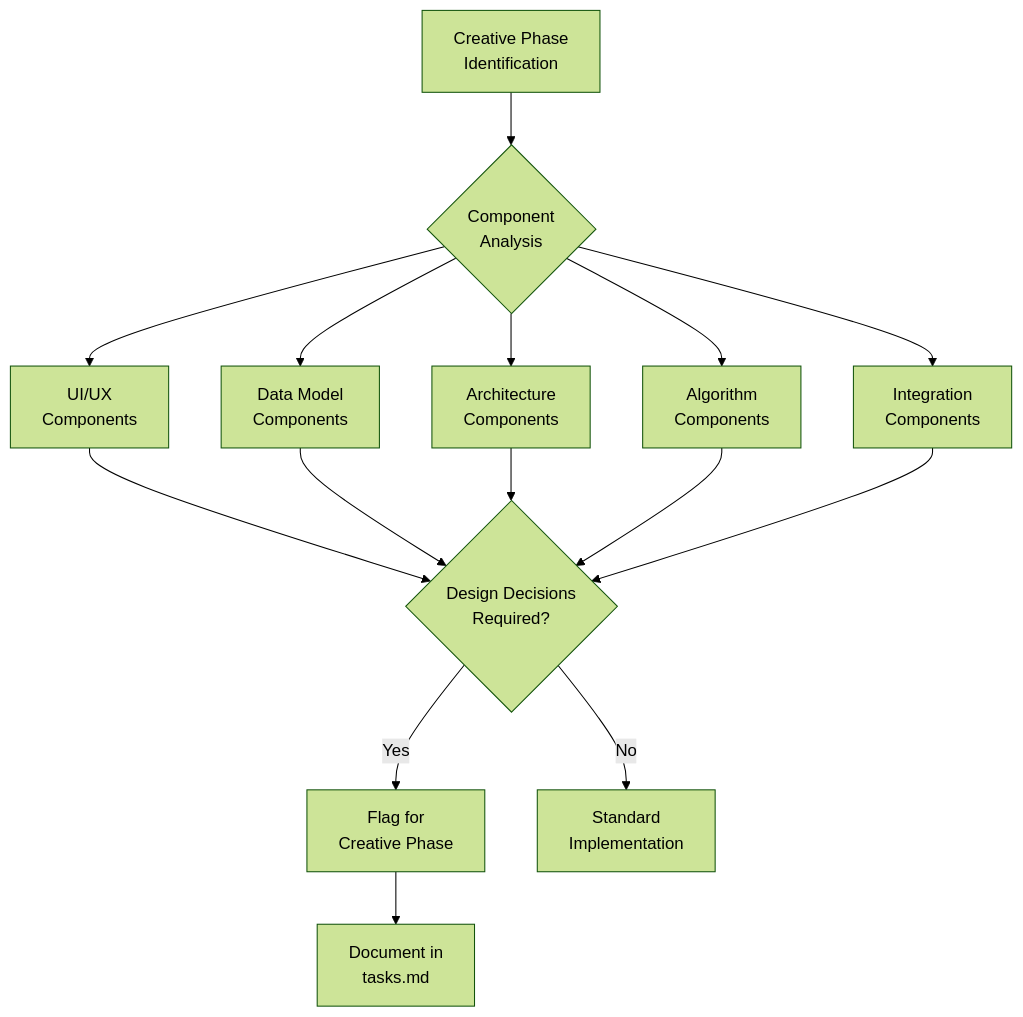
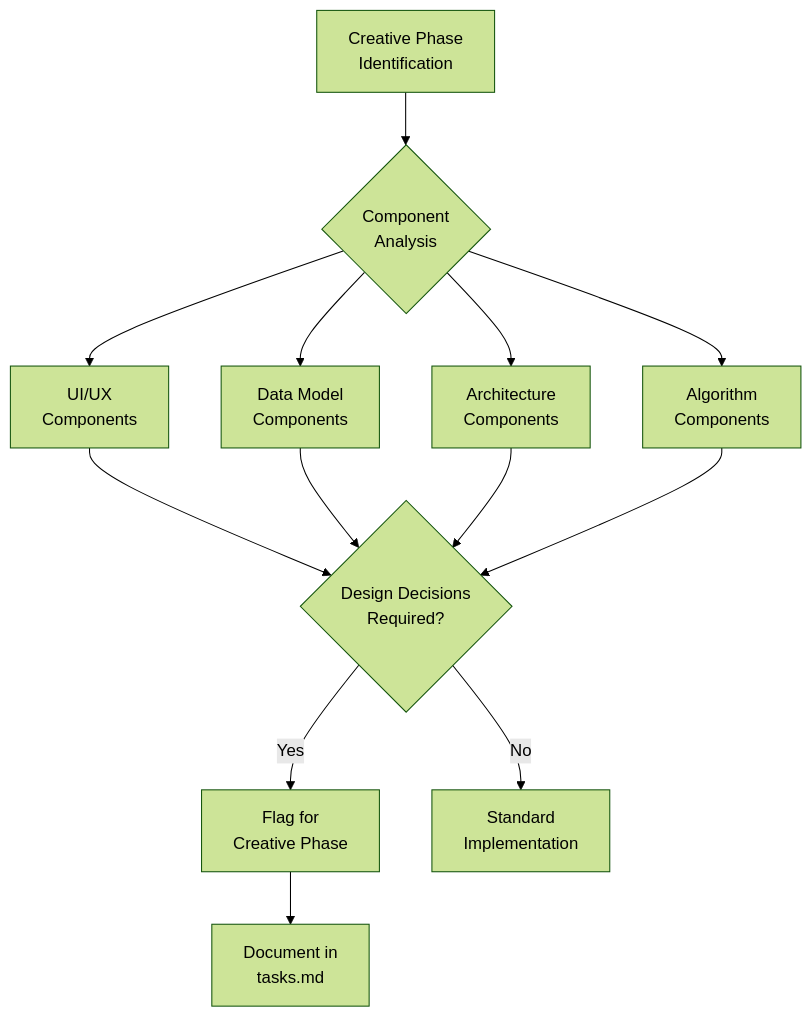
One commit to taddyorg/inkverse changed the fifth of 5 diagrams in .cursor/rules/isolation_rules/visual-maps/plan-mode-map.mdc. Above: the diagram before and after it, drawn with Mermaid (forest theme). The commit also changed other lines of this file and 19 other files, not shown here.

````diff
--- a/.cursor/rules/isolation_rules/visual-maps/plan-mode-map.mdc
+++ b/.cursor/rules/isolation_rules/visual-maps/plan-mode-map.mdc
@@ -247,17 +212,16 @@
 ```mermaid
 graph TD
     Start["Creative Phase<br>Identification"] --> CheckComp{"Component<br>Analysis"}
     
     CheckComp --> UI["UI/UX<br>Components"]
     CheckComp --> Data["Data Model<br>Components"]
     CheckComp --> Arch["Architecture<br>Components"]
     CheckComp --> Algo["Algorithm<br>Components"]
-    CheckComp --> Integration["Integration<br>Components"]
     
-    UI & Data & Arch & Algo & Integration --> Decision{"Design Decisions<br>Required?"}
+    UI & Data & Arch & Algo --> Decision{"Design Decisions<br>Required?"}
     
     Decision -->|"Yes"| Flag["Flag for<br>Creative Phase"]
     Decision -->|"No"| Skip["Standard<br>Implementation"]
     
     Flag --> Document["Document in<br>tasks.md"]
 ```
````
